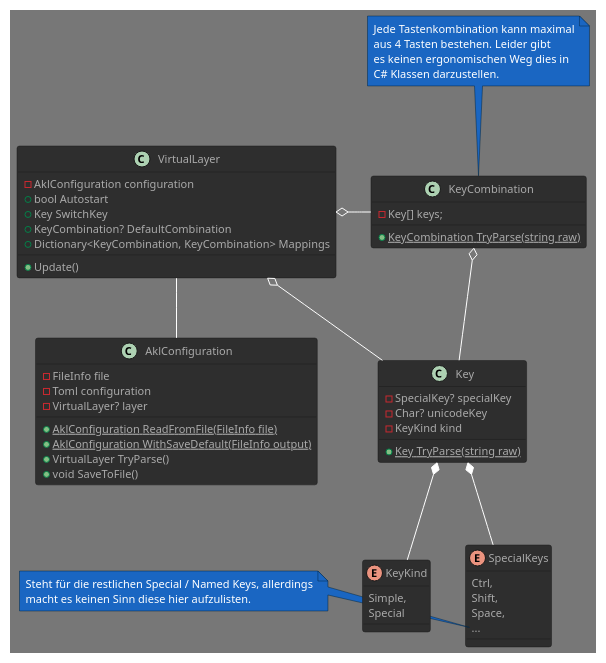
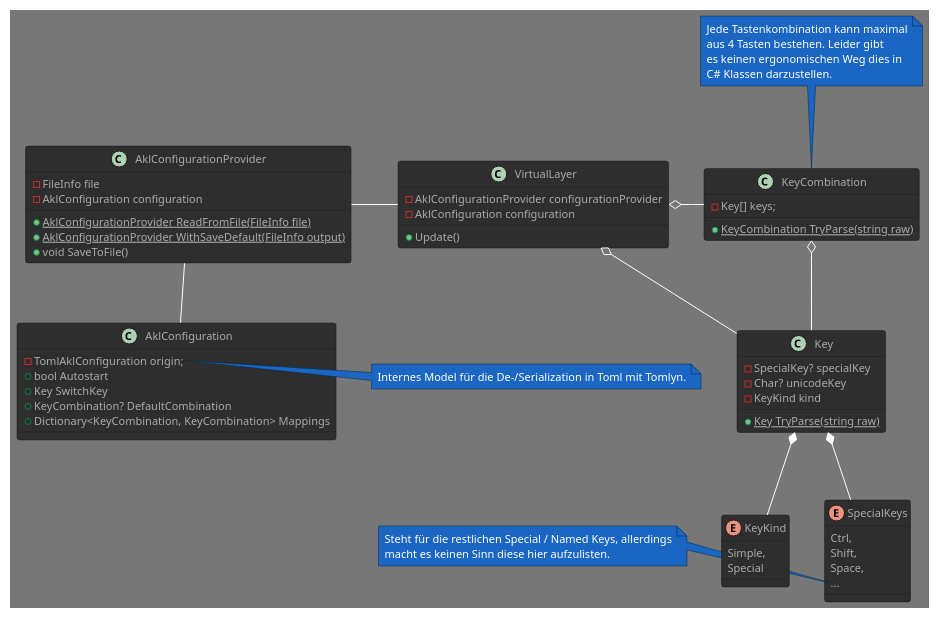
One commit to marchaen/another-keyboard-layer changed the first of 2 diagrams in README.adoc. Above: the diagram before and after it, drawn with PlantUML. The commit also changed 4 other files, not shown here.

```diff
--- a/README.adoc
+++ b/README.adoc
@@ -99,72 +99,81 @@
 [plantuml, target="common-api-definition", format=svg]
 ....
 @startuml
 !theme reddress-darkblue
 
 enum SpecialKeys {
     Ctrl,
     Shift,
     Space,
     ...
 }
 
 note left of SpecialKeys::...
 Steht für die restlichen Special / Named Keys, allerdings
 macht es keinen Sinn diese hier aufzulisten.
 end note
 
 enum KeyKind {
     Simple,
     Special
 }
 
 class Key {
     {field} -SpecialKey? specialKey
     {field} -Char? unicodeKey
     {field} -KeyKind kind
     {static} {method} +Key TryParse(string raw)
 }
 
 Key *-- SpecialKeys
 Key *-- KeyKind
 
 class KeyCombination {
     {field} -Key[] keys;
     {static} {method} +KeyCombination TryParse(string raw)
 }
 
 note top of KeyCombination
 Jede Tastenkombination kann maximal
 aus 4 Tasten bestehen. Leider gibt
 es keinen ergonomischen Weg dies in
 C# Klassen darzustellen.
 end note
 
 KeyCombination o-- Key
 
 class VirtualLayer {
+    {field} -AklConfigurationProvider configurationProvider
     {field} -AklConfiguration configuration
-    {field} +bool Autostart
-    {field} +Key SwitchKey
-    {field} +KeyCombination? DefaultCombination
-    {field} +Dictionary<KeyCombination, KeyCombination> Mappings
     {method} +Update()
 }
 
 VirtualLayer o- KeyCombination
 VirtualLayer o- Key
 
-class AklConfiguration {
+class AklConfigurationProvider {
     {field} -FileInfo file
-    {field} -Toml configuration
-    {field} -VirtualLayer? layer
-    {static} {method} +AklConfiguration ReadFromFile(FileInfo file)
-    {static} {method} +AklConfiguration WithSaveDefault(FileInfo output)
-    {method} +VirtualLayer TryParse()
+    {field} -AklConfiguration configuration
+    {static} {method} +AklConfigurationProvider ReadFromFile(FileInfo file)
+    {static} {method} +AklConfigurationProvider WithSaveDefault(FileInfo output)
     {method} +void SaveToFile()
 }
 
-VirtualLayer -- AklConfiguration
+AklConfigurationProvider - VirtualLayer
+
+class AklConfiguration {
+    {field} -TomlAklConfiguration origin;
+    {field} +bool Autostart
+    {field} +Key SwitchKey
+    {field} +KeyCombination? DefaultCombination
+    {field} +Dictionary<KeyCombination, KeyCombination> Mappings
+}
+
+note left of AklConfiguration::TomlAklConfiguration
+Internes Model für die De-/Serialization in Toml mit Tomlyn.
+end note
+
+AklConfigurationProvider -- AklConfiguration
 
 @enduml
 ....
```
